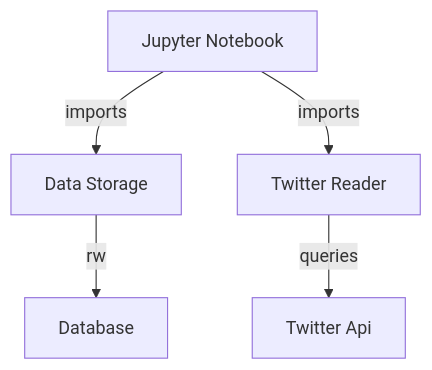
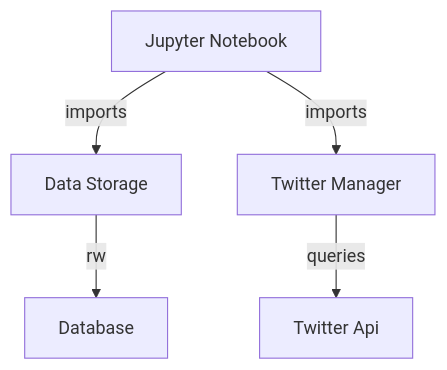
One commit to plknkl/twitter_reader changed the diagram in docs/containers/twitter_reader_components.md. Above: the diagram before and after it, drawn with Mermaid. The commit also changed other lines of this file, not shown here.

````diff
--- a/docs/containers/twitter_reader_components.md
+++ b/docs/containers/twitter_reader_components.md
@@ -1,7 +1,7 @@
 ```mermaid
 graph TD
     jupyter[Jupyter Notebook] -->|imports| data_storage[Data Storage]
     jupyter -->|imports| twitter_manager[Twitter Manager]
     data_storage -->|rw| database[Database]
-    twitter_manager[Twitter Reader] -->|queries| twitter_api[Twitter Api]
+    twitter_manager[Twitter Manager] -->|queries| twitter_api[Twitter Api]
 ```
````
